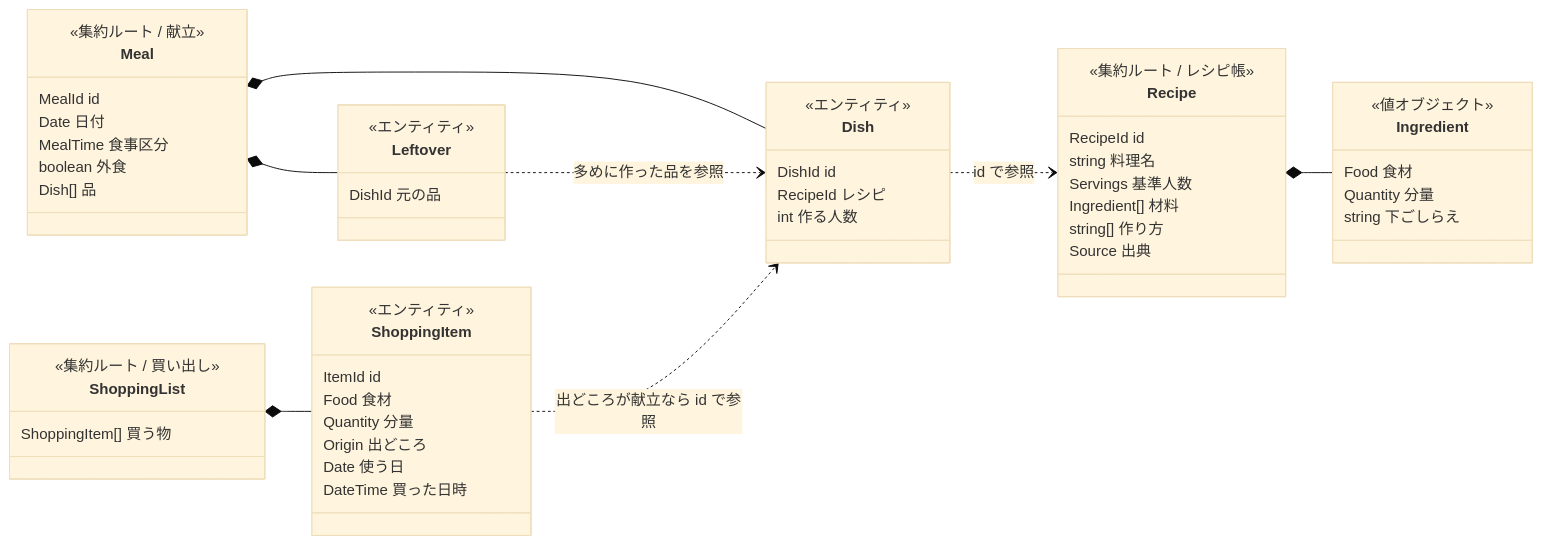
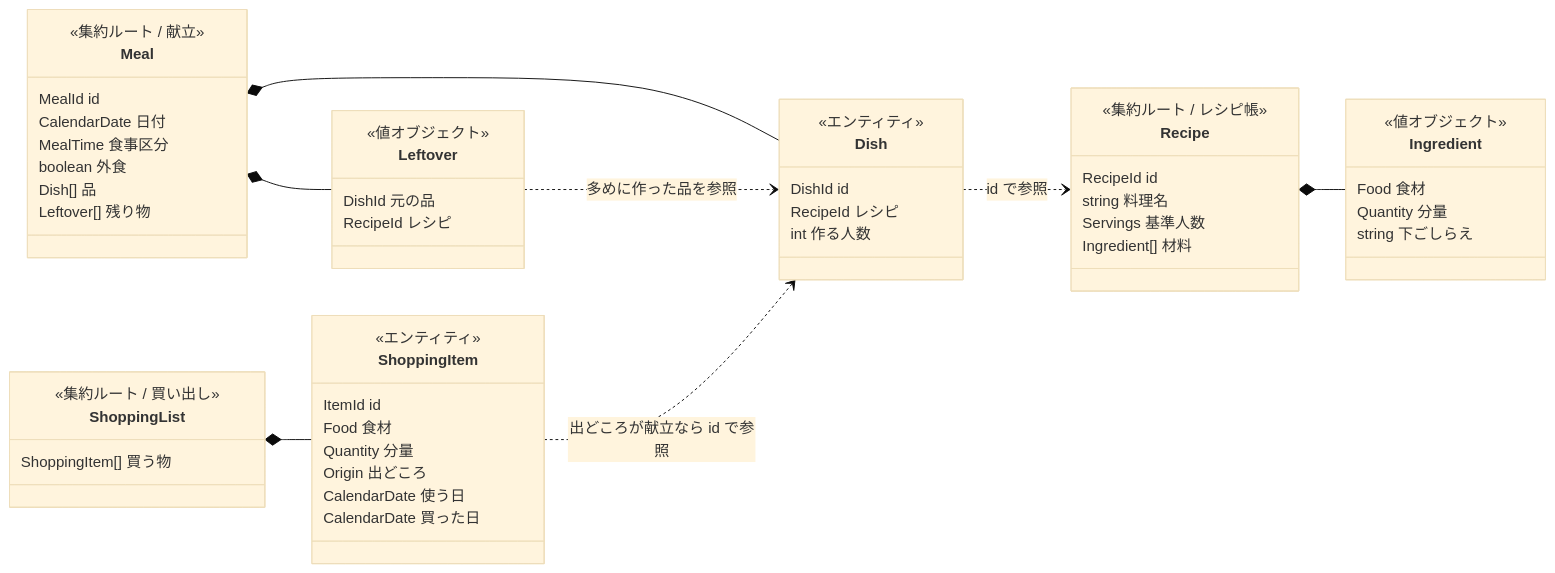
Before and after one commit to masaya722/cook-share: the diagram in docs/domain/domain-model.md, drawn with Mermaid (base theme). The commit also changed other lines of this file and 5 other files, not shown here.

````diff
--- a/docs/domain/domain-model.md
+++ b/docs/domain/domain-model.md
@@ -8,57 +8,57 @@
 ```mermaid
 classDiagram
   direction LR
   class Recipe {
     <<集約ルート / レシピ帳>>
     RecipeId id
     string 料理名
     Servings 基準人数
     Ingredient[] 材料
-    string[] 作り方
-    Source 出典
   }
   class Ingredient {
     <<値オブジェクト>>
     Food 食材
     Quantity 分量
     string 下ごしらえ
   }
   class Meal {
     <<集約ルート / 献立>>
     MealId id
-    Date 日付
+    CalendarDate 日付
     MealTime 食事区分
     boolean 外食
     Dish[] 品
+    Leftover[] 残り物
   }
   class Dish {
     <<エンティティ>>
     DishId id
     RecipeId レシピ
     int 作る人数
   }
   class Leftover {
-    <<エンティティ>>
+    <<値オブジェクト>>
     DishId 元の品
+    RecipeId レシピ
   }
   class ShoppingList {
     <<集約ルート / 買い出し>>
     ShoppingItem[] 買う物
   }
   class ShoppingItem {
     <<エンティティ>>
     ItemId id
     Food 食材
     Quantity 分量
     Origin 出どころ
-    Date 使う日
-    DateTime 買った日時
+    CalendarDate 使う日
+    CalendarDate 買った日
   }
   Recipe *-- Ingredient
   Meal *-- Dish
   Meal *-- Leftover
   Leftover ..> Dish : 多めに作った品を参照
   Dish ..> Recipe : id で参照
   ShoppingList *-- ShoppingItem
   ShoppingItem ..> Dish : 出どころが献立なら id で参照
 ```
````
